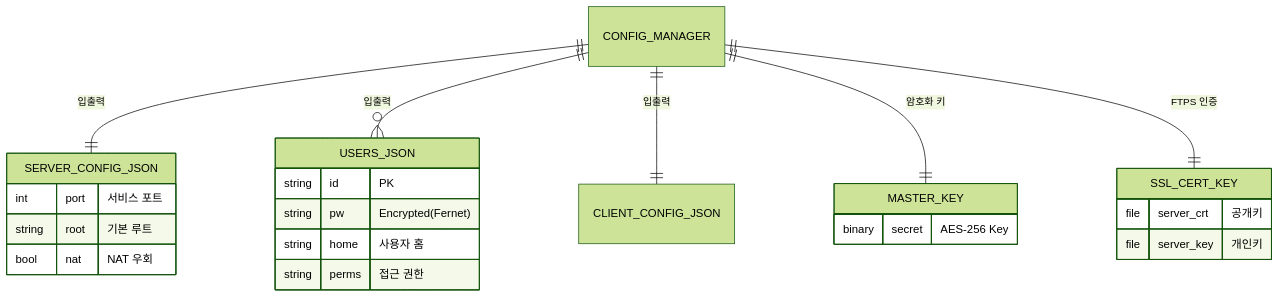
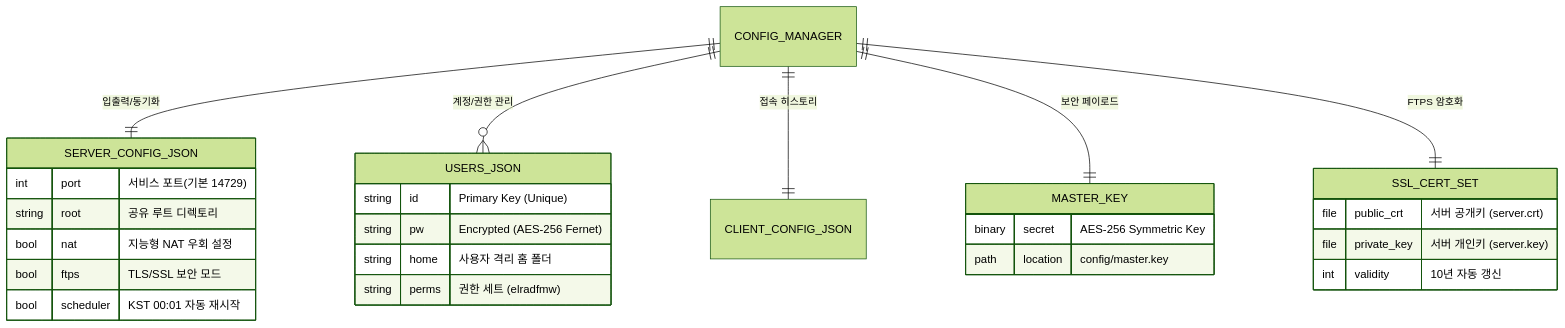
One commit to hslcrb/simftp changed the first of 2 diagrams in README.md. Above: the diagram before and after it, drawn with Mermaid (forest theme). The commit also changed other lines of this file, not shown here.

Commit message:
Docs: Complete overhaul of README.md with detailed professional architecture and flow diagrams

````diff
--- a/README.md
+++ b/README.md
@@ -15,30 +12,34 @@
 ```mermaid
 erDiagram
-    CONFIG_MANAGER ||--|| SERVER_CONFIG_JSON : "입출력"
-    CONFIG_MANAGER ||--o{ USERS_JSON : "입출력"
-    CONFIG_MANAGER ||--|| CLIENT_CONFIG_JSON : "입출력"
-    CONFIG_MANAGER ||--|| MASTER_KEY : "암호화 키"
-    CONFIG_MANAGER ||--|| SSL_CERT_KEY : "FTPS 인증"
+    CONFIG_MANAGER ||--|| SERVER_CONFIG_JSON : "입출력/동기화"
+    CONFIG_MANAGER ||--o{ USERS_JSON : "계정/권한 관리"
+    CONFIG_MANAGER ||--|| CLIENT_CONFIG_JSON : "접속 히스토리"
+    CONFIG_MANAGER ||--|| MASTER_KEY : "보안 페이로드"
+    CONFIG_MANAGER ||--|| SSL_CERT_SET : "FTPS 암호화"
 
     SERVER_CONFIG_JSON {
-        int port "서비스 포트"
-        string root "기본 루트"
-        bool nat "NAT 우회"
+        int port "서비스 포트(기본 14729)"
+        string root "공유 루트 디렉토리"
+        bool nat "지능형 NAT 우회 설정"
+        bool ftps "TLS/SSL 보안 모드"
+        bool scheduler "KST 00:01 자동 재시작"
     }
 
     USERS_JSON {
-        string id "PK"
-        string pw "Encrypted(Fernet)"
-        string home "사용자 홈"
-        string perms "접근 권한"
+        string id "Primary Key (Unique)"
+        string pw "Encrypted (AES-256 Fernet)"
+        string home "사용자 격리 홈 폴더"
+        string perms "권한 세트 (elradfmw)"
     }
 
     MASTER_KEY {
-        binary secret "AES-256 Key"
+        binary secret "AES-256 Symmetric Key"
+        path location "config/master.key"
     }
 
-    SSL_CERT_KEY {
-        file server_crt "공개키"
-        file server_key "개인키"
+    SSL_CERT_SET {
+        file public_crt "서버 공개키 (server.crt)"
+        file private_key "서버 개인키 (server.key)"
+        int validity "10년 자동 갱신"
     }
 ```
````
